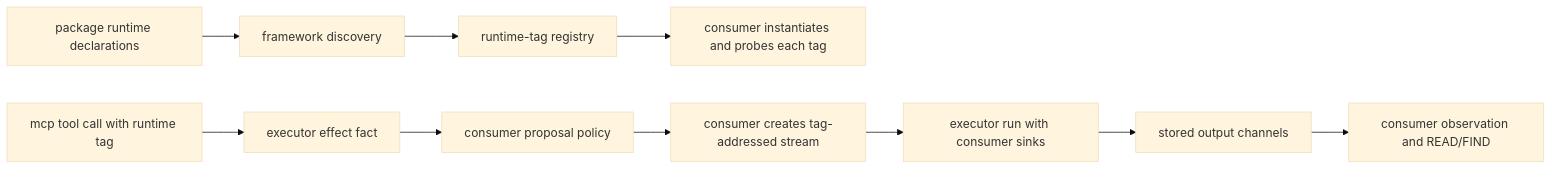
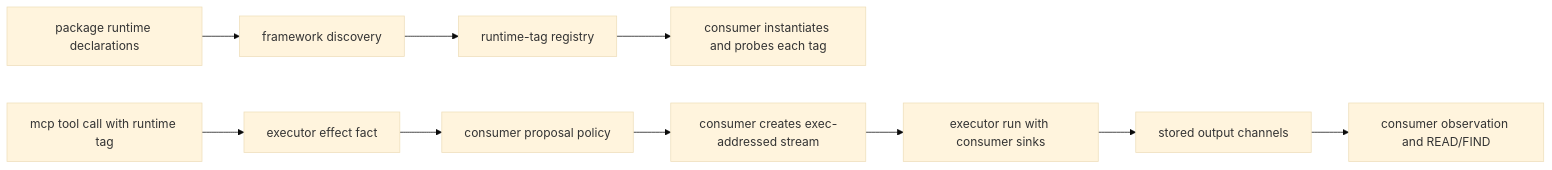
Before and after one commit to plurnk/plurnk-service: the diagram in plurnk-execs/SPEC.md, drawn with Mermaid (base theme). The commit also changed other lines of this file and 203 other files, not shown here.

````diff
--- a/plurnk-execs/SPEC.md
+++ b/plurnk-execs/SPEC.md
@@ -9,12 +9,12 @@
 ```mermaid
 flowchart LR
     Manifest["package runtime declarations"] --> Discover["framework discovery"]
     Discover --> Registry["runtime-tag registry"]
     Registry --> Probe["consumer instantiates and probes each tag"]
     Request["mcp tool call with runtime tag"] --> Effect["executor effect fact"]
     Effect --> Admission["consumer proposal policy"]
-    Admission --> Stream["consumer creates tag-addressed stream"]
+    Admission --> Stream["consumer creates exec-addressed stream"]
     Stream --> Run["executor run with consumer sinks"]
     Run --> Channels["stored output channels"]
     Channels --> Packet["consumer observation and READ/FIND"]
 ```
````
